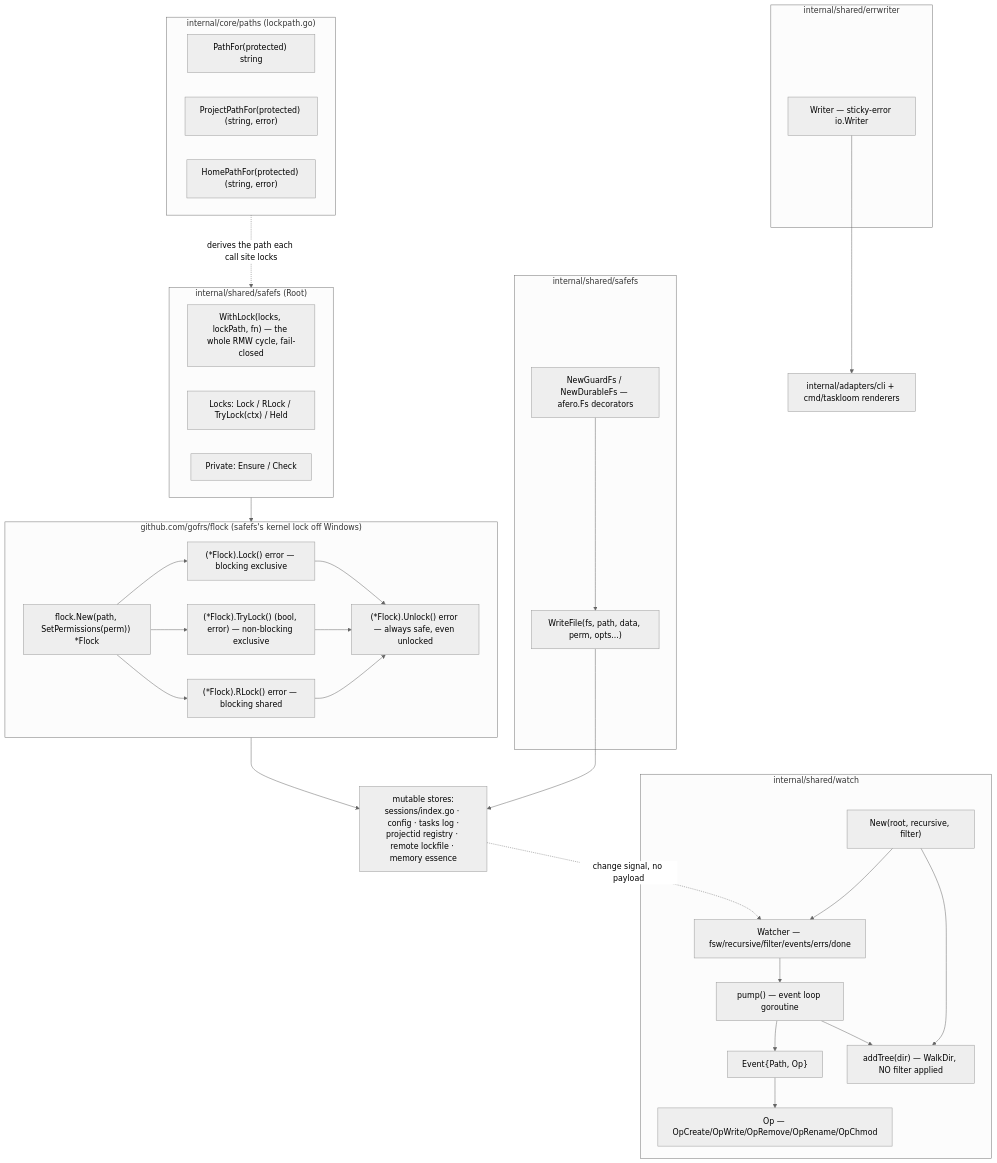
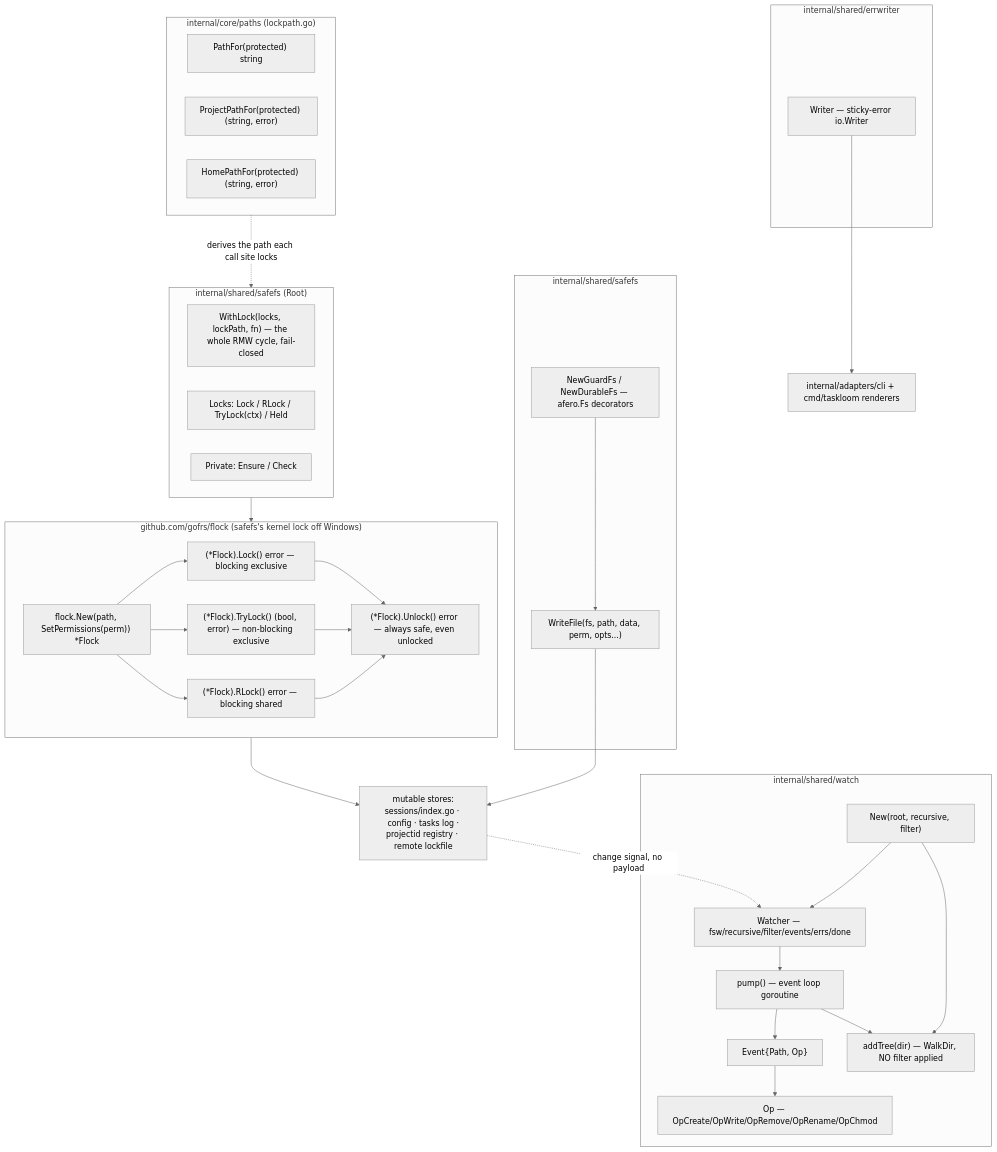
Before and after one commit to ctxloom/ctxloom: the diagram in docs/architecture/shared/filesystem-io.md, drawn with Mermaid (neutral theme). The commit also changed 55 other files, not shown here.

First line of the commit message:
docs: session compaction removed — release notes, guides, architecture

````diff
--- a/docs/architecture/shared/filesystem-io.md
+++ b/docs/architecture/shared/filesystem-io.md
@@ -9,52 +9,52 @@
 ```mermaid
 flowchart TD
   subgraph sf["internal/shared/safefs"]
     WFA["WriteFile(fs, path, data, perm, opts...)"]
     WFAF["NewGuardFs / NewDurableFs — afero.Fs decorators"]
     WFAF --> WFA
   end
   subgraph ew["internal/shared/errwriter"]
     EW["Writer — sticky-error io.Writer"]
   end
 
   subgraph rt["internal/shared/safefs (Root)"]
     WL["WithLock(locks, lockPath, fn) — the whole RMW cycle, fail-closed"]
     LK["Locks: Lock / RLock / TryLock(ctx) / Held"]
     PV["Private: Ensure / Check"]
   end
   rt --> fl
   subgraph fl["github.com/gofrs/flock (safefs's kernel lock off Windows)"]
     FN["flock.New(path, SetPermissions(perm)) *Flock"]
     FL["(*Flock).Lock() error — blocking exclusive"]
     FT["(*Flock).TryLock() (bool, error) — non-blocking exclusive"]
     FR["(*Flock).RLock() error — blocking shared"]
     FU["(*Flock).Unlock() error — always safe, even unlocked"]
     FN --> FL & FT & FR
     FL & FT & FR --> FU
   end
   subgraph pp["internal/core/paths (lockpath.go)"]
     PF["PathFor(protected) string"]
     PPF["ProjectPathFor(protected) (string, error)"]
     HPF["HomePathFor(protected) (string, error)"]
   end
   pp -.->|"derives the path each call site locks"| rt
 
   subgraph wt["internal/shared/watch"]
     NEW["New(root, recursive, filter)"]
     W["Watcher — fsw/recursive/filter/events/errs/done"]
     EV["Event{Path, Op}"]
     OP["Op — OpCreate/OpWrite/OpRemove/OpRename/OpChmod"]
     AT["addTree(dir) — WalkDir, NO filter applied"]
     PUMP["pump() — event loop goroutine"]
     NEW --> W
     W --> PUMP --> EV --> OP
     NEW --> AT
     PUMP --> AT
   end
 
-  stores["mutable stores:<br/>sessions/index.go · config · tasks log ·<br/>projectid registry · remote lockfile · memory essence"]
+  stores["mutable stores:<br/>sessions/index.go · config · tasks log ·<br/>projectid registry · remote lockfile"]
   fl --> stores
   WFA --> stores
   stores -.->|"change signal, no payload"| W
   EW --> cli["internal/adapters/cli + cmd/taskloom renderers"]
 ```
````
